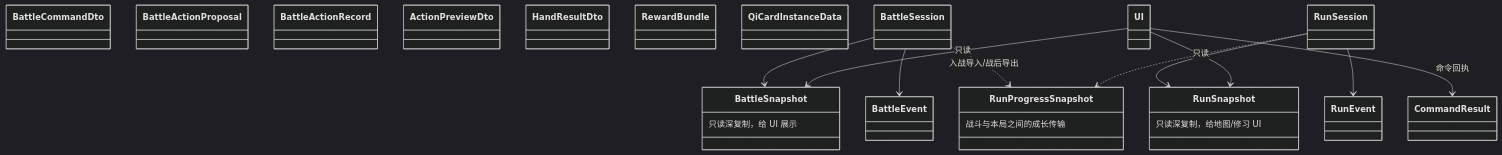
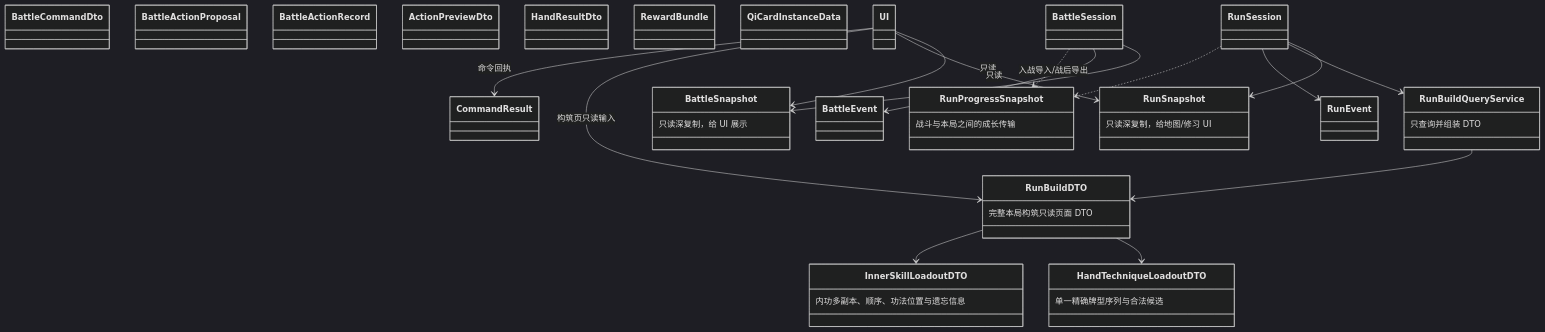
Before and after one commit to duguyumei/games: the fifth of 11 diagrams in combo_duel_vslice/docs/architecture-diagrams.md, drawn with Mermaid (dark theme). The commit also changed other lines of this file and 32 other files, not shown here.

````diff
--- a/combo_duel_vslice/docs/architecture-diagrams.md
+++ b/combo_duel_vslice/docs/architecture-diagrams.md
@@ -214,32 +214,49 @@
 ```mermaid
 classDiagram
     class BattleSnapshot {
         只读深复制，给 UI 展示
     }
     class RunSnapshot {
         只读深复制，给地图/修习 UI
     }
     class RunProgressSnapshot {
         战斗与本局之间的成长传输
+    }
+    class RunBuildDTO {
+        完整本局构筑只读页面 DTO
+    }
+    class HandTechniqueLoadoutDTO {
+        单一精确牌型序列与合法候选
+    }
+    class InnerSkillLoadoutDTO {
+        内功多副本、顺序、功法位置与遗忘信息
+    }
+    class RunBuildQueryService {
+        只查询并组装 DTO
     }
     class BattleEvent
     class RunEvent
     class CommandResult
     class BattleCommandDto
     class BattleActionProposal
     class BattleActionRecord
     class ActionPreviewDto
     class HandResultDto
     class RewardBundle
     class QiCardInstanceData
 
     BattleSession --> BattleSnapshot
     BattleSession --> BattleEvent
     RunSession --> RunSnapshot
+    RunSession --> RunBuildQueryService
+    RunBuildQueryService --> RunBuildDTO
+    RunBuildDTO --> HandTechniqueLoadoutDTO
+    RunBuildDTO --> InnerSkillLoadoutDTO
     RunSession --> RunEvent
     BattleSession ..> RunProgressSnapshot : 入战导入/战后导出
     RunSession ..> RunProgressSnapshot
     UI --> BattleSnapshot : 只读
     UI --> RunSnapshot : 只读
+    UI --> RunBuildDTO : 构筑页只读输入
     UI --> CommandResult : 命令回执
 ```
````
